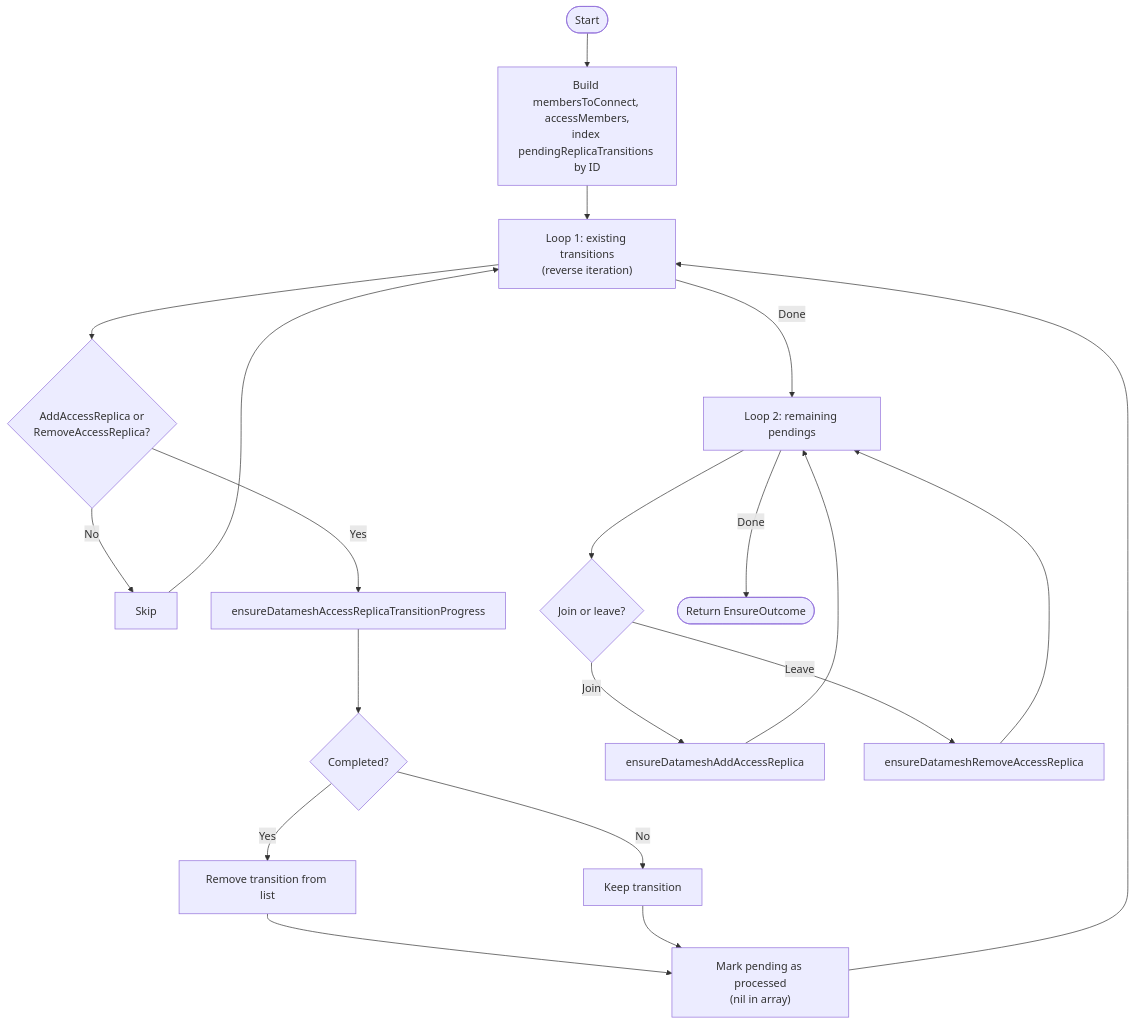
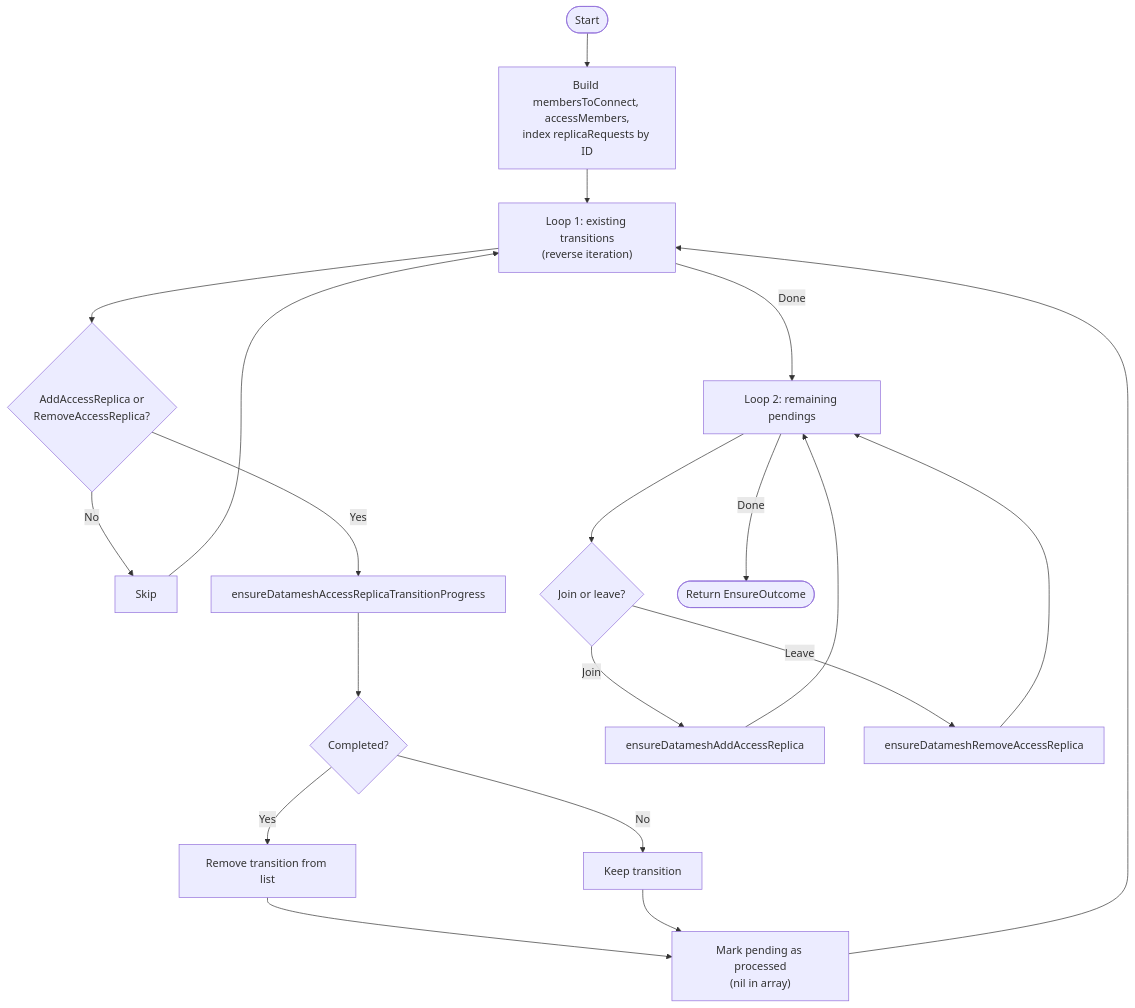
The tenth of 13 diagrams in images/controller/internal/controllers/rv_controller/README.md (deckhouse/sds-replicated-volume), drawn with Mermaid before and after one commit. The commit also changed other lines of this file and 23 other files, not shown here.

````diff
--- a/images/controller/internal/controllers/rv_controller/README.md
+++ b/images/controller/internal/controllers/rv_controller/README.md
@@ -851,24 +851,24 @@
 ```mermaid
 flowchart TD
-    Start([Start]) --> BuildSets["Build membersToConnect, accessMembers,<br/>index pendingReplicaTransitions by ID"]
+    Start([Start]) --> BuildSets["Build membersToConnect, accessMembers,<br/>index replicaRequests by ID"]
 
     BuildSets --> Loop1["Loop 1: existing transitions<br/>(reverse iteration)"]
     Loop1 --> CheckType{AddAccessReplica or<br/>RemoveAccessReplica?}
     CheckType -->|No| SkipTransition[Skip]
     CheckType -->|Yes| Progress[ensureDatameshAccessReplicaTransitionProgress]
     Progress --> Completed{Completed?}
     Completed -->|Yes| RemoveTransition[Remove transition from list]
     Completed -->|No| KeepTransition[Keep transition]
     RemoveTransition --> MarkProcessed["Mark pending as processed<br/>(nil in array)"]
     KeepTransition --> MarkProcessed
     SkipTransition --> Loop1
     MarkProcessed --> Loop1
 
     Loop1 -->|Done| Loop2["Loop 2: remaining pendings"]
     Loop2 --> CheckJoinLeave{Join or leave?}
     CheckJoinLeave -->|Join| JoinFn[ensureDatameshAddAccessReplica]
     CheckJoinLeave -->|Leave| LeaveFn[ensureDatameshRemoveAccessReplica]
     JoinFn --> Loop2
     LeaveFn --> Loop2
     Loop2 -->|Done| EndNode([Return EnsureOutcome])
 ```
````
